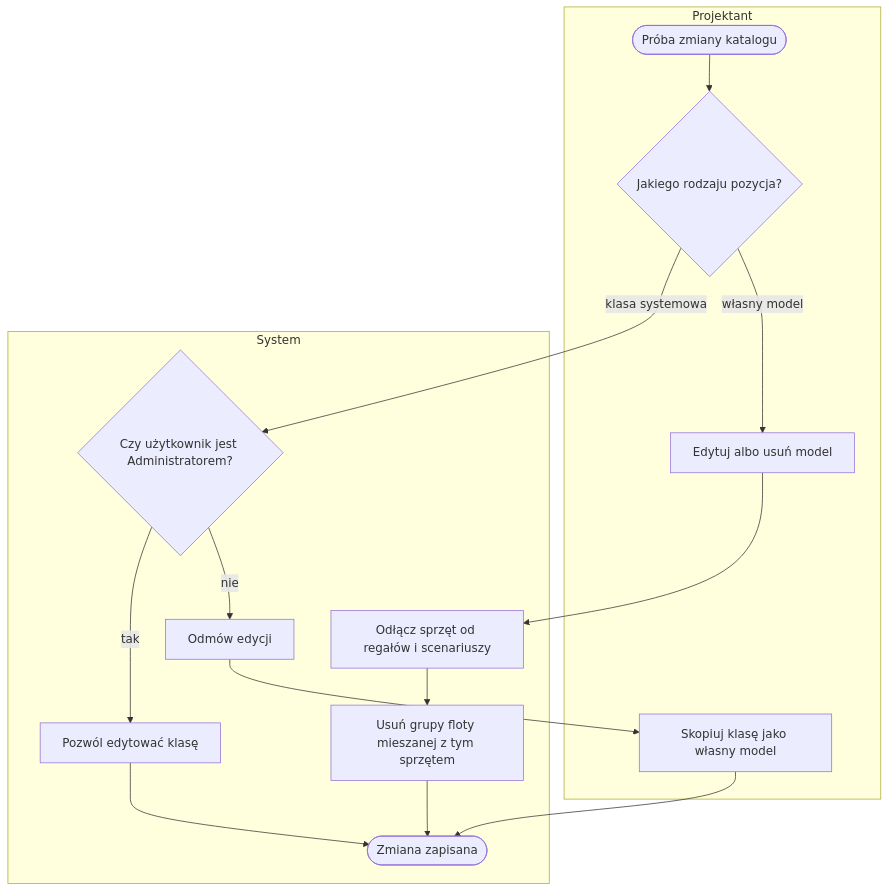
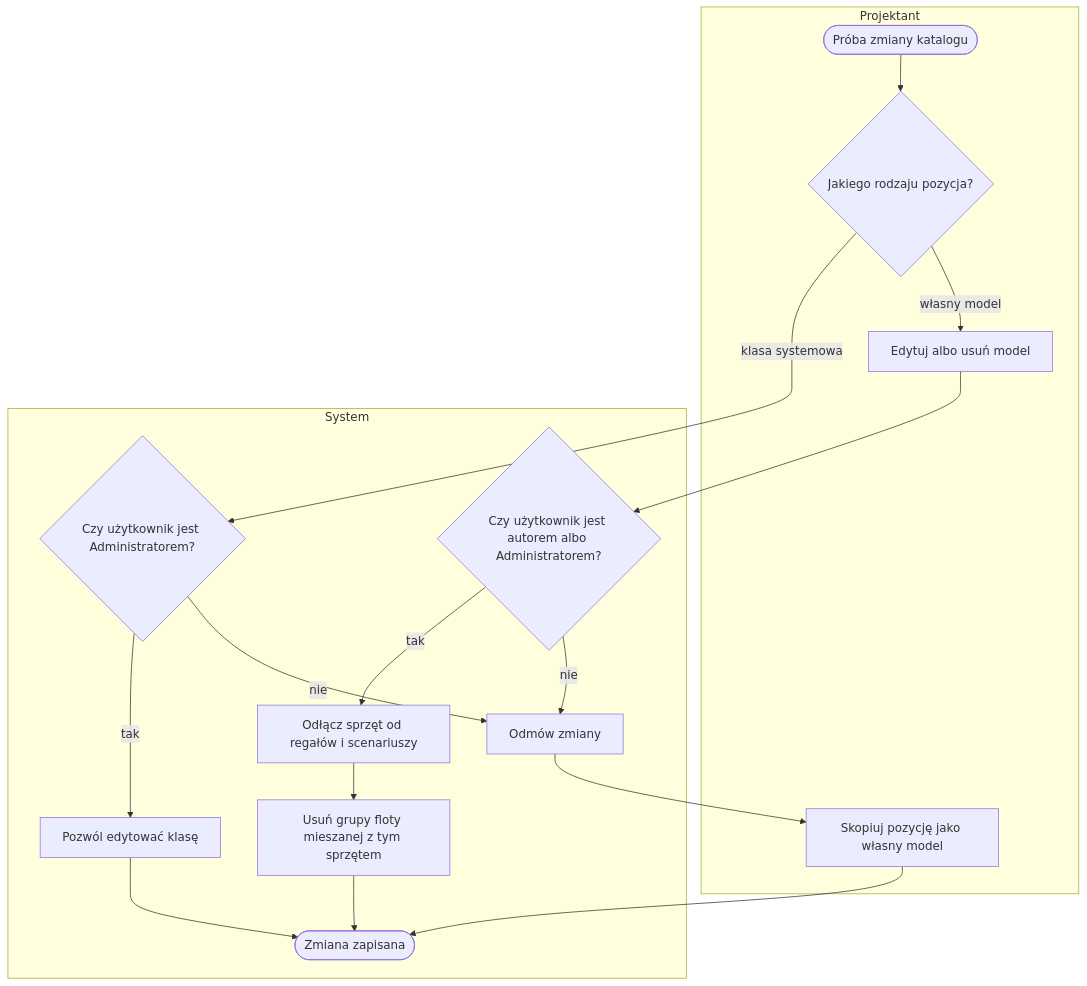
Before and after one commit to TomaszWu14/twinema-public: the fourth of 4 diagrams in docs/01-procesy/P4-katalog-sprzetu.md, drawn with Mermaid. The commit also changed other lines of this file and 27 other files, not shown here.

First line of the commit message:
docs: audit, analysis, architecture, security, tests and operations

````diff
--- a/docs/01-procesy/P4-katalog-sprzetu.md
+++ b/docs/01-procesy/P4-katalog-sprzetu.md
@@ -126,21 +126,24 @@
 ```mermaid
 flowchart TD
     subgraph PROJ["Projektant"]
         X0([Próba zmiany katalogu]) --> X1{Jakiego rodzaju pozycja?}
         X1 -- "własny model" --> X5[Edytuj albo usuń model]
-        X2[Skopiuj klasę jako własny model]
+        X2[Skopiuj pozycję jako własny model]
     end
     subgraph SYS["System"]
         X3{Czy użytkownik jest Administratorem?}
-        X3 -- nie --> X4[Odmów edycji]
+        X3 -- nie --> X4[Odmów zmiany]
         X3 -- tak --> X6[Pozwól edytować klasę]
-        X7[Odłącz sprzęt od regałów i scenariuszy]
+        X10{Czy użytkownik jest autorem albo Administratorem?}
+        X10 -- nie --> X4
+        X10 -- tak --> X7[Odłącz sprzęt od regałów i scenariuszy]
         X8[Usuń grupy floty mieszanej z tym sprzętem]
         X9([Zmiana zapisana])
     end
     X1 -- "klasa systemowa" --> X3
     X4 --> X2
-    X5 --> X7 --> X8 --> X9
+    X5 --> X10
+    X7 --> X8 --> X9
     X6 --> X9
     X2 --> X9
 ```
````
